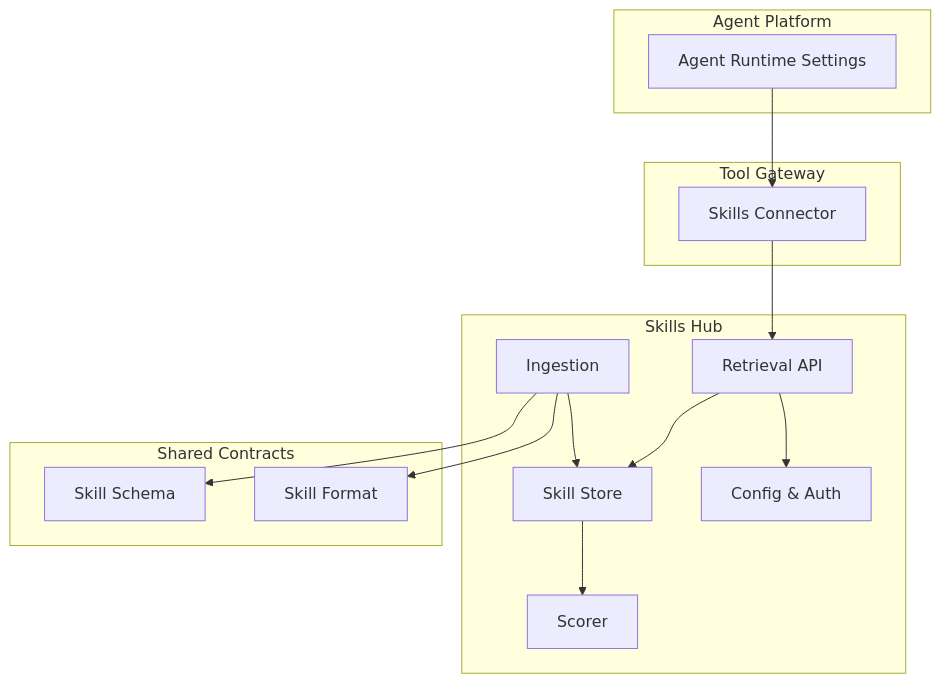
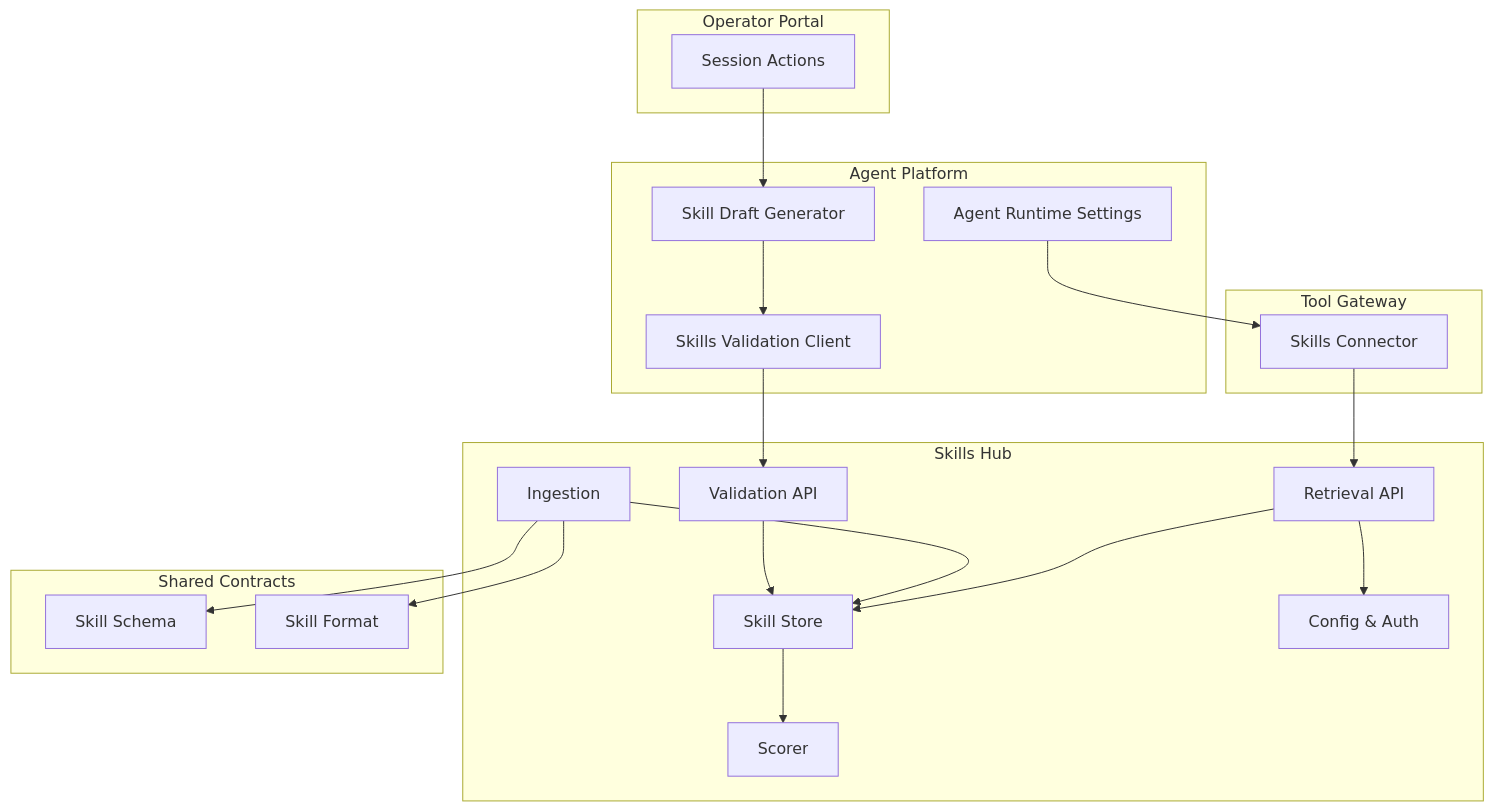
Before and after one commit to metasync/luban-aiops: the first of 10 diagrams in .qoder/repowiki/en/content/Architecture Documentation/SPEC-014_ Skills and Grounded Guidance Specification.md, drawn with Mermaid. The commit also changed other lines of this file and 10 other files, not shown here.

````diff
--- a/.qoder/repowiki/en/content/Architecture Documentation/SPEC-014_ Skills and Grounded Guidance Specification.md
+++ b/.qoder/repowiki/en/content/Architecture Documentation/SPEC-014_ Skills and Grounded Guidance Specification.md
@@ -54,28 +73,38 @@
 ```mermaid
 graph TB
 subgraph "Agent Platform"
 AP["Agent Runtime Settings"]
+SDG["Skill Draft Generator"]
+SC["Skills Validation Client"]
 end
 subgraph "Tool Gateway"
 TG["Skills Connector"]
 end
 subgraph "Skills Hub"
 SH_API["Retrieval API"]
+SH_VAL["Validation API"]
 SH_ING["Ingestion"]
 SH_STORE["Skill Store"]
 SH_SCORE["Scorer"]
 SH_CFG["Config & Auth"]
+end
+subgraph "Operator Portal"
+OP["Session Actions"]
 end
 subgraph "Shared Contracts"
 SCHEMA["Skill Schema"]
 FORMAT["Skill Format"]
 end
 AP --> TG
 TG --> SH_API
 SH_API --> SH_STORE
 SH_STORE --> SH_SCORE
 SH_ING --> SH_STORE
 SH_API --> SH_CFG
+SH_VAL --> SH_STORE
+SDG --> SC
+SC --> SH_VAL
+OP --> SDG
 SH_ING --> SCHEMA
 SH_ING --> FORMAT
 ```
````
